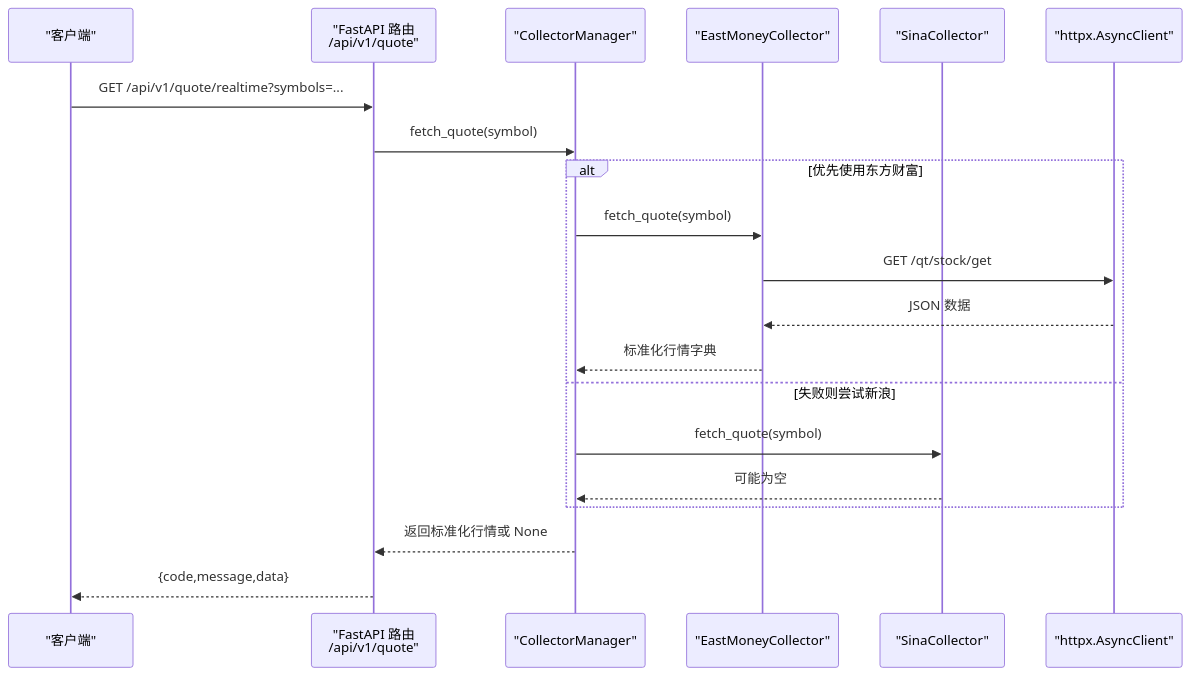
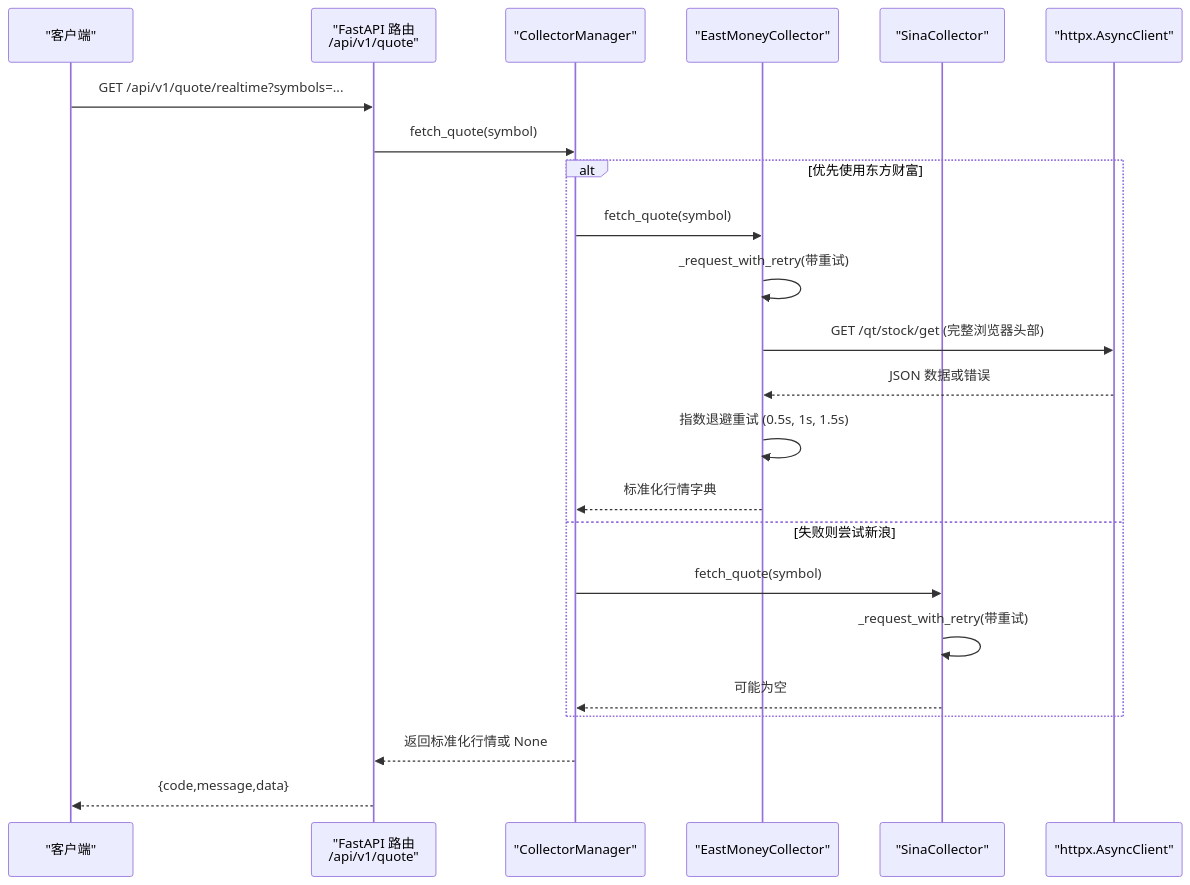
One commit to We3le7/stock-view changed the second of 6 diagrams in .qoder/repowiki/zh/content/后端开发/数据服务层/东方财富数据采集器.md. Above: the diagram before and after it, drawn with Mermaid. The commit also changed other lines of this file and 5 other files, not shown here.

````diff
--- a/.qoder/repowiki/zh/content/后端开发/数据服务层/东方财富数据采集器.md
+++ b/.qoder/repowiki/zh/content/后端开发/数据服务层/东方财富数据采集器.md
@@ -104,22 +112,25 @@
 ```mermaid
 sequenceDiagram
 participant Client as "客户端"
 participant API as "FastAPI 路由<br/>/api/v1/quote"
 participant Manager as "CollectorManager"
 participant EM as "EastMoneyCollector"
 participant SINA as "SinaCollector"
 participant HTTP as "httpx.AsyncClient"
 Client->>API : GET /api/v1/quote/realtime?symbols=...
 API->>Manager : fetch_quote(symbol)
 alt 优先使用东方财富
 Manager->>EM : fetch_quote(symbol)
-EM->>HTTP : GET /qt/stock/get
-HTTP-->>EM : JSON 数据
+EM->>EM : _request_with_retry(带重试)
+EM->>HTTP : GET /qt/stock/get (完整浏览器头部)
+HTTP-->>EM : JSON 数据或错误
+EM->>EM : 指数退避重试 (0.5s, 1s, 1.5s)
 EM-->>Manager : 标准化行情字典
 else 失败则尝试新浪
 Manager->>SINA : fetch_quote(symbol)
+SINA->>SINA : _request_with_retry(带重试)
 SINA-->>Manager : 可能为空
 end
 Manager-->>API : 返回标准化行情或 None
 API-->>Client : {code,message,data}
 ```
````
